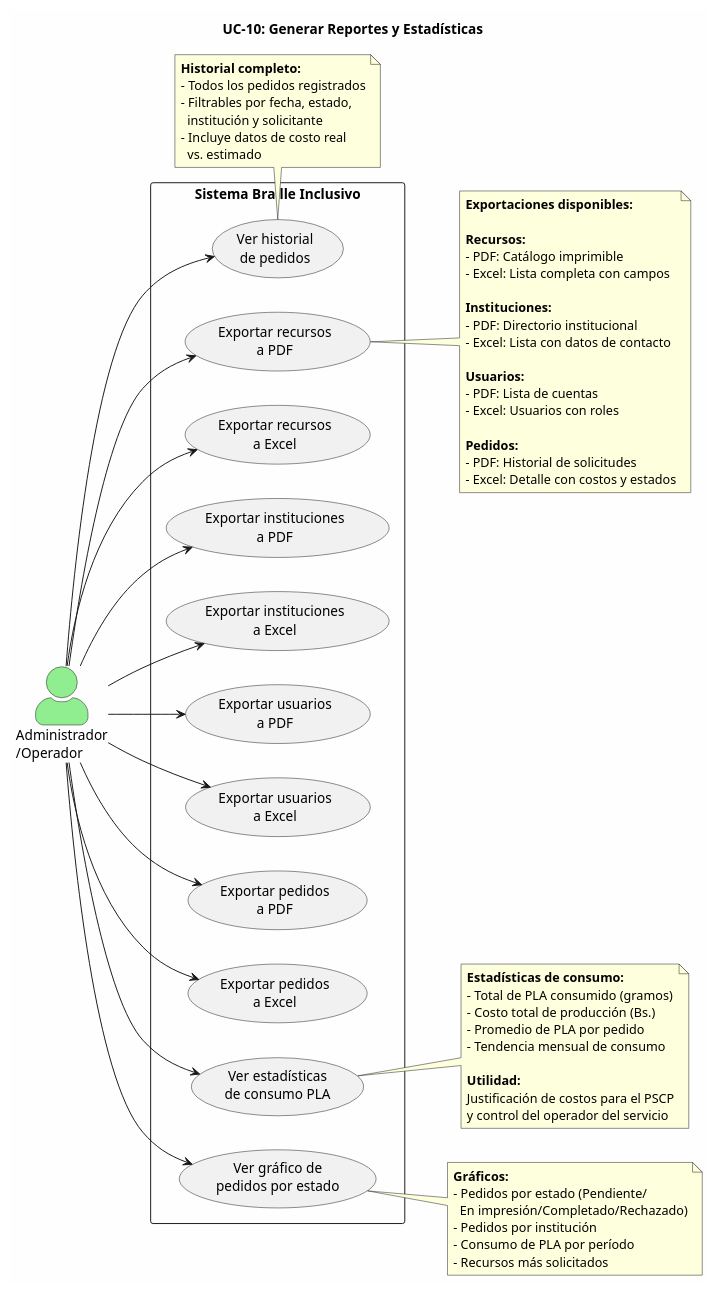
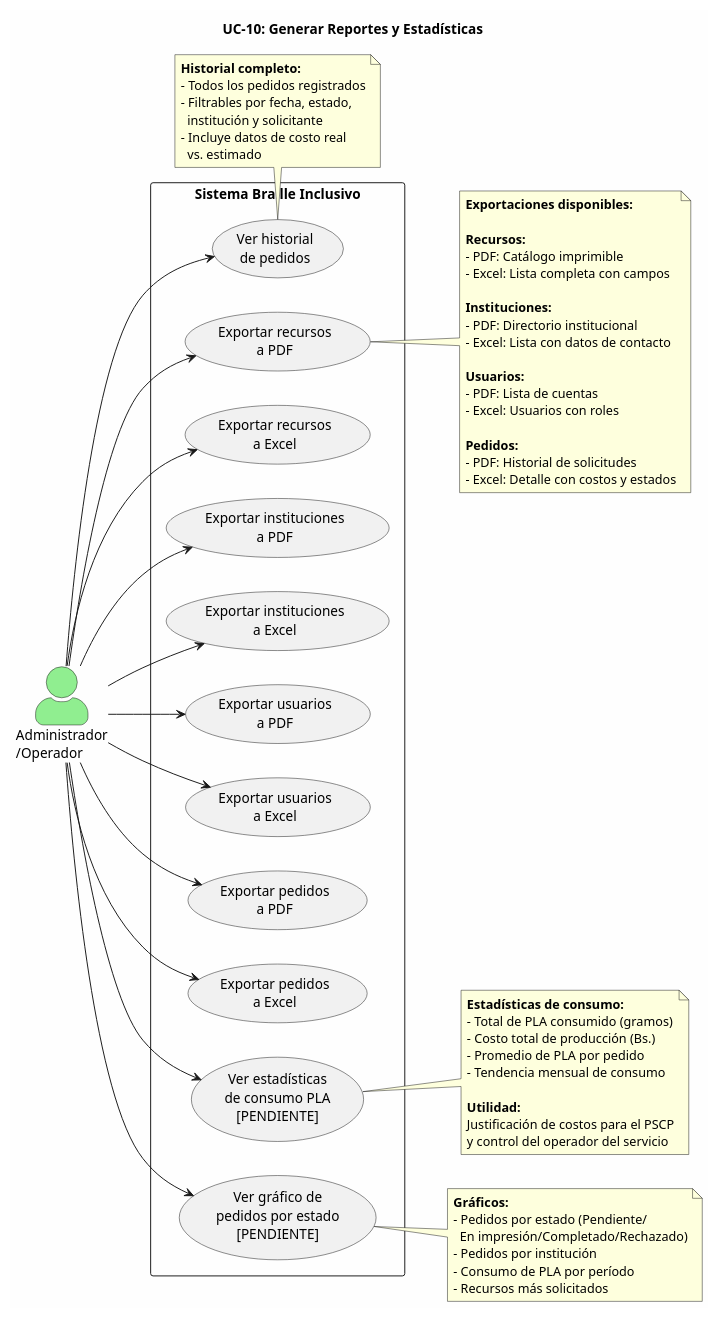
One commit to ArlTechDev/sistema-3d-inclusivo changed the diagram in docs/casos_de_uso/plantuml/UC10_reportes_estadisticas.puml. Above: the diagram before and after it, drawn with PlantUML. The commit also changed 16 other files, not shown here.

Commit message:
docs: corregir fuentes PlantUML (Python→PHP, motores x4, UC-10, estados, ERD) y re-renderizar PNG; informe de consistencia 14

```diff
--- a/docs/casos_de_uso/plantuml/UC10_reportes_estadisticas.puml
+++ b/docs/casos_de_uso/plantuml/UC10_reportes_estadisticas.puml
@@ -1,100 +1,101 @@
 @startuml UC10_Reportes_Estadisticas
 ' =============================================
 ' UC-10: Generar Reportes y Estadísticas
+' Estado 2026-08: exports (a-h) e historial (k) implementados; estadísticas (i, j) [PENDIENTE]
 ' Módulo 3: Gestión de Pedidos y Costos de Producción
 ' Actor: Administrador/Operador
 ' =============================================
 
 left to right direction
 skinparam actorStyle awesome
 skinparam packageStyle rectangle
 skinparam backgroundColor #FEFEFE
 skinparam shadowing false
 
 title UC-10: Generar Reportes y Estadísticas
 
 ' === ACTORES ===
 actor "Administrador\n/Operador" as A #LightGreen
 
 ' === SISTEMA ===
 rectangle "Sistema Braille Inclusivo" {
 
     usecase "Exportar recursos\na PDF" as UC10a
     usecase "Exportar recursos\na Excel" as UC10b
     usecase "Exportar instituciones\na PDF" as UC10c
     usecase "Exportar instituciones\na Excel" as UC10d
     usecase "Exportar usuarios\na PDF" as UC10e
     usecase "Exportar usuarios\na Excel" as UC10f
     usecase "Exportar pedidos\na PDF" as UC10g
     usecase "Exportar pedidos\na Excel" as UC10h
-    usecase "Ver estadísticas\nde consumo PLA" as UC10i
-    usecase "Ver gráfico de\npedidos por estado" as UC10j
+    usecase "Ver estadísticas\nde consumo PLA\n[PENDIENTE]" as UC10i
+    usecase "Ver gráfico de\npedidos por estado\n[PENDIENTE]" as UC10j
     usecase "Ver historial\nde pedidos" as UC10k
 
 }
 
 ' === CONEXIONES ===
 A --> UC10a
 A --> UC10b
 A --> UC10c
 A --> UC10d
 A --> UC10e
 A --> UC10f
 A --> UC10g
 A --> UC10h
 A --> UC10i
 A --> UC10j
 A --> UC10k
 
 ' === NOTAS ===
 note right of UC10a
   **Exportaciones disponibles:**
 
   **Recursos:**
   - PDF: Catálogo imprimible
   - Excel: Lista completa con campos
 
   **Instituciones:**
   - PDF: Directorio institucional
   - Excel: Lista con datos de contacto
 
   **Usuarios:**
   - PDF: Lista de cuentas
   - Excel: Usuarios con roles
 
   **Pedidos:**
   - PDF: Historial de solicitudes
   - Excel: Detalle con costos y estados
 end note
 
 note right of UC10i
   **Estadísticas de consumo:**
   - Total de PLA consumido (gramos)
   - Costo total de producción (Bs.)
   - Promedio de PLA por pedido
   - Tendencia mensual de consumo
 
   **Utilidad:**
   Justificación de costos para el PSCP
   y control del operador del servicio
 end note
 
 note right of UC10j
   **Gráficos:**
   - Pedidos por estado (Pendiente/
     En impresión/Completado/Rechazado)
   - Pedidos por institución
   - Consumo de PLA por período
   - Recursos más solicitados
 end note
 
 note bottom of UC10k
   **Historial completo:**
   - Todos los pedidos registrados
   - Filtrables por fecha, estado,
     institución y solicitante
   - Incluye datos de costo real
     vs. estimado
 end note
 
 @enduml
```
